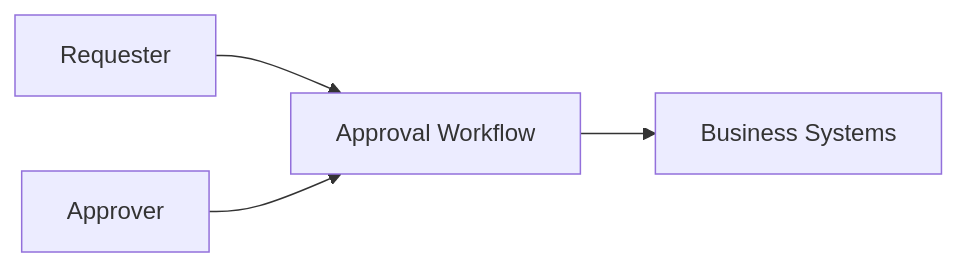
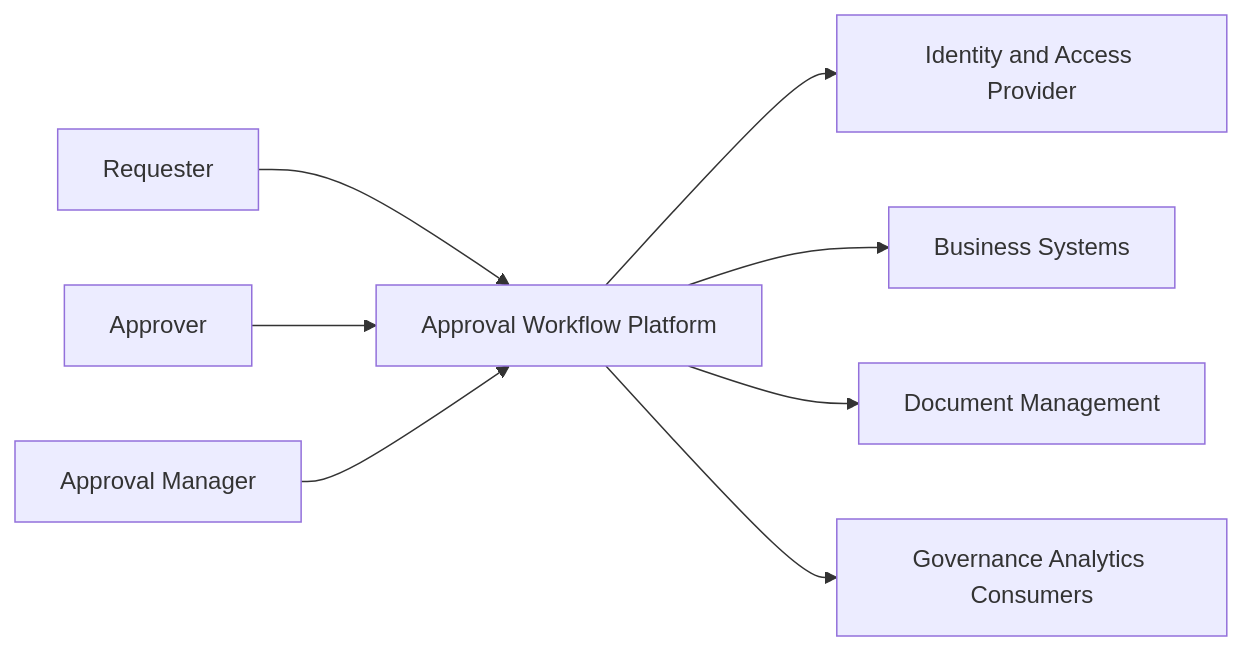
The diagram in playbooks/approval-workflow-system/diagrams/system-context.mmd (MichaelTimbes/solution-cookbook), drawn with Mermaid before and after one commit. The commit also changed 60 other files, not shown here.

```diff
--- a/playbooks/approval-workflow-system/diagrams/system-context.mmd
+++ b/playbooks/approval-workflow-system/diagrams/system-context.mmd
@@ -1,9 +1,22 @@
+%% Approval Workflow system context
+%% Shows approval actors and adjacent systems around the workflow platform.
 flowchart LR
     Requester[Requester]
     Approver[Approver]
-    System[Approval Workflow]
+    Manager[Approval Manager]
+
+    AWS[Approval Workflow Platform]
+
+    Identity[Identity and Access Provider]
     Business[Business Systems]
+    Documents[Document Management]
+    Analytics[Governance Analytics Consumers]
 
-    Requester --> System
-    Approver --> System
-    System --> Business
+    Requester --> AWS
+    Approver --> AWS
+    Manager --> AWS
+
+    AWS --> Identity
+    AWS --> Business
+    AWS --> Documents
+    AWS --> Analytics
```
